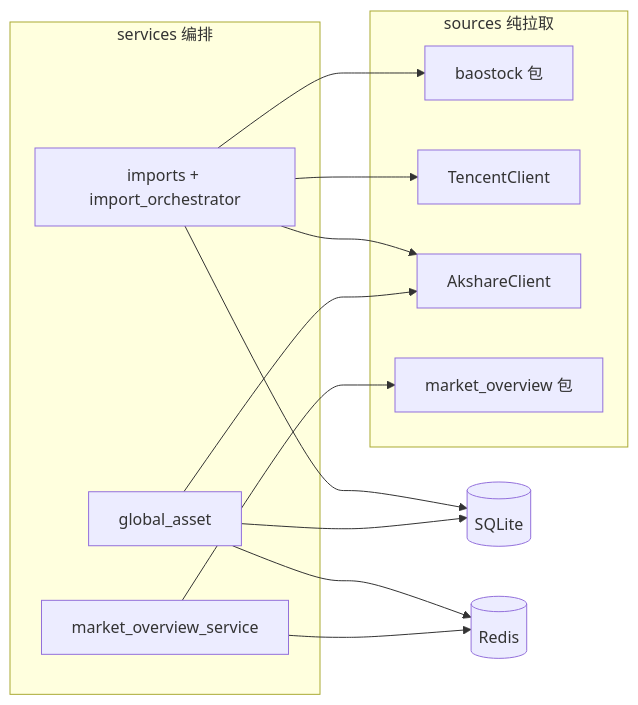
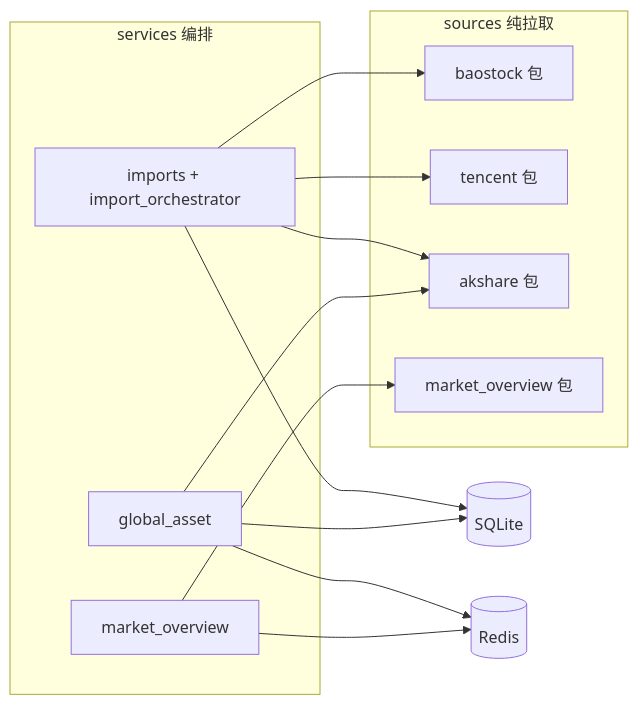
The first of 7 diagrams in .agents/skills/astock/references/external-data.md (gunerguner/Astock), drawn with Mermaid before and after one commit. The commit also changed other lines of this file and 47 other files, not shown here.

````diff
--- a/.agents/skills/astock/references/external-data.md
+++ b/.agents/skills/astock/references/external-data.md
@@ -38,23 +38,23 @@
 ```mermaid
 flowchart LR
   subgraph sources [sources 纯拉取]
     bao[baostock 包]
-    tx[TencentClient]
-    ak[AkshareClient]
+    tx[tencent 包]
+    ak[akshare 包]
     mo[market_overview 包]
   end
   subgraph services [services 编排]
     imp[imports + import_orchestrator]
     gas[global_asset]
-    mos[market_overview_service]
+    mos[market_overview]
   end
   imp --> bao
   imp --> tx
   imp --> ak
   gas --> ak
   mos --> mo
   imp --> SQLite[(SQLite)]
   gas --> SQLite
   gas --> Redis[(Redis)]
   mos --> Redis
 ```
````
